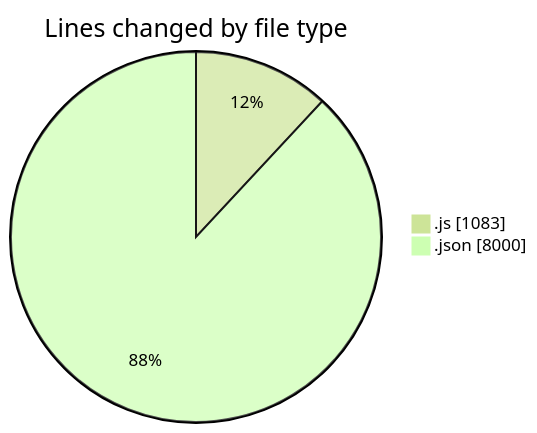
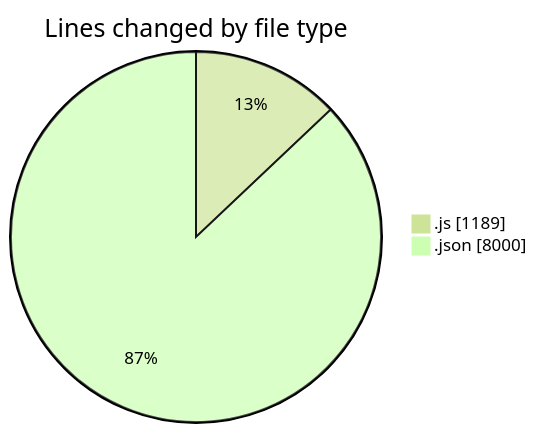
Before and after one commit to momahboobian/code-tracking: the first of 2 diagrams in 2025-01-11/good-pr/README.md, drawn with Mermaid (forest theme). The commit also changed other lines of this file and 1 other file, not shown here.

````diff
--- a/2025-01-11/good-pr/README.md
+++ b/2025-01-11/good-pr/README.md
@@ -31,6 +32,6 @@
 ```mermaid
 pie showData
 title Lines changed by file type
-".js" : 1083
+".js" : 1189
 ".json" : 8000
 ```
````
